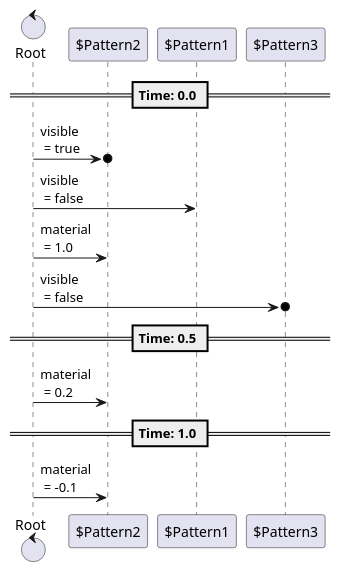
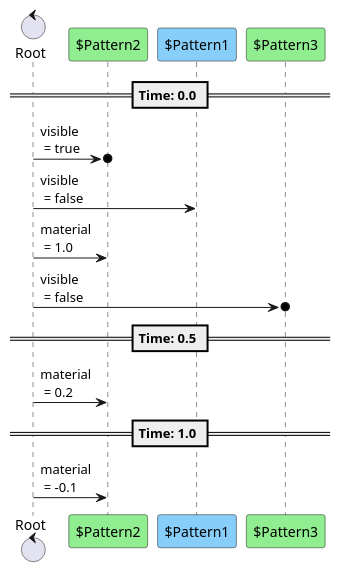
Before and after one commit to tkmfujise/Platformer-Game-Learning: the fourth of 5 diagrams in content/scenes/src/curtain/closing/closing.tscn.adoc, drawn with PlantUML. The commit also changed other lines of this file and 67 other files, not shown here.

```diff
--- a/content/scenes/src/curtain/closing/closing.tscn.adoc
+++ b/content/scenes/src/curtain/closing/closing.tscn.adoc
@@ -129,21 +129,21 @@
 [plantuml]
 ....
 control "Root" as R
-participant "$Pattern2" as T0
-participant "$Pattern1" as T1
-participant "$Pattern3" as T3
+participant "$Pattern2" as T0 #90EE90
+participant "$Pattern1" as T1 #87CEFA
+participant "$Pattern3" as T3 #90EE90
 
 
 
 == Time: 0.0 ==
 R  ->o  T0 : visible\n = true
 R  ->  T1 : visible\n = false
 R  ->  T0 : material\n = 1.0
 R  ->o  T3 : visible\n = false
 == Time: 0.5 ==
 R  ->  T0 : material\n = 0.2
 == Time: 1.0 ==
 R  ->  T0 : material\n = -0.1
 
 
 ....
```
